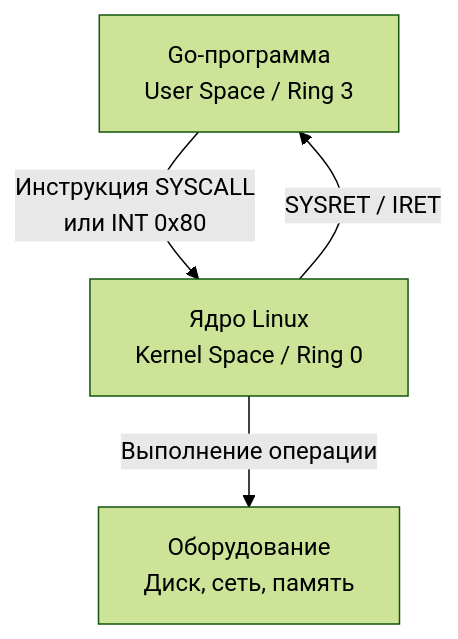
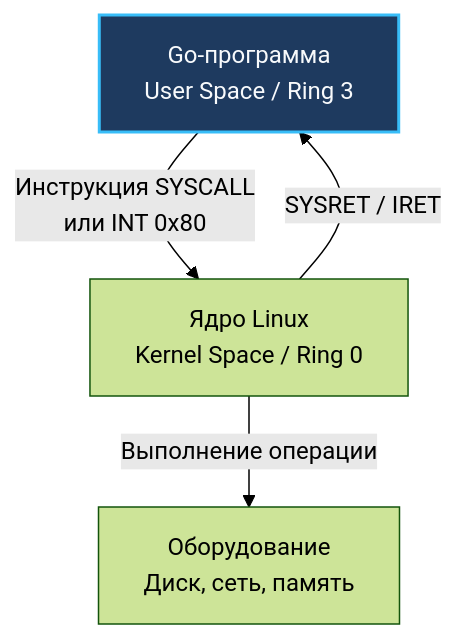
Before and after one commit to UnrealTemplier/go-textbook: the first of 2 diagrams in sources/16. Профилирование, отладка и производительность/07. IO и системный уровень/1. Системные вызовы и их стоимость.md, drawn with Mermaid (forest theme). The commit also changed 1666 other files, not shown here.

First line of the commit message:
feat(mermaid): add semantic color classDef to 1369 colorless flowchart/graph diagrams

````diff
--- a/sources/16. Профилирование, отладка и производительность/07. IO и системный уровень/1. Системные вызовы и их стоимость.md
+++ b/sources/16. Профилирование, отладка и производительность/07. IO и системный уровень/1. Системные вызовы и их стоимость.md
@@ -24,6 +24,16 @@
 ```mermaid
 flowchart TD
-    User["Go-программа<br>User Space / Ring 3"] -->|"Инструкция SYSCALL<br>или INT 0x80"| Kernel["Ядро Linux<br>Kernel Space / Ring 0"]
+    classDef process  fill:#1e293b,stroke:#38bdf8,stroke-width:1px,color:#f8fafc
+    classDef success  fill:#064e3b,stroke:#34d399,stroke-width:1px,color:#f8fafc
+    classDef error    fill:#7f1d1d,stroke:#f87171,stroke-width:1px,color:#f8fafc
+    classDef warning  fill:#78350f,stroke:#fbbf24,stroke-width:1px,color:#f8fafc
+    classDef entry    fill:#1e3a5f,stroke:#38bdf8,stroke-width:2px,color:#f8fafc
+    classDef aux      fill:#334155,stroke:#64748b,stroke-width:1px,color:#f8fafc
+    classDef system   fill:#312e81,stroke:#a78bfa,stroke-width:1px,color:#f8fafc
+    classDef data     fill:#132d29,stroke:#2dd4bf,stroke-width:1px,color:#f8fafc
+    classDef network  fill:#881337,stroke:#fb7185,stroke-width:1px,color:#f8fafc
+    classDef accent   fill:#1e1b4b,stroke:#818cf8,stroke-width:1px,color:#f8fafc
+    User["Go-программа<br>User Space / Ring 3"]:::entry -->|"Инструкция SYSCALL<br>или INT 0x80"| Kernel["Ядро Linux<br>Kernel Space / Ring 0"]
     Kernel -->|"SYSRET / IRET"| User
     Kernel -->|"Выполнение операции"| HW["Оборудование<br>Диск, сеть, память"]
 ```
````
